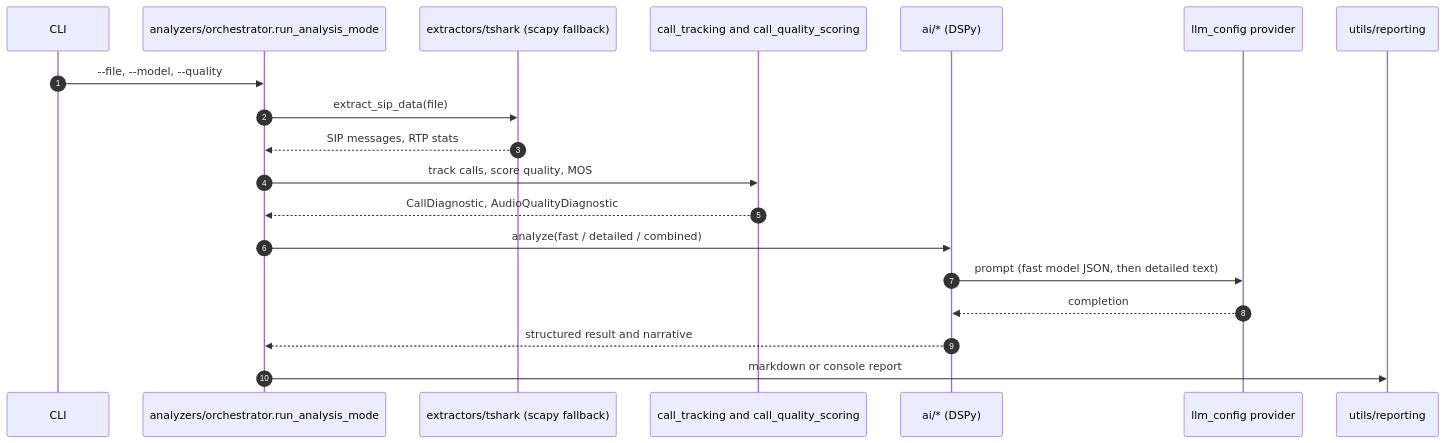
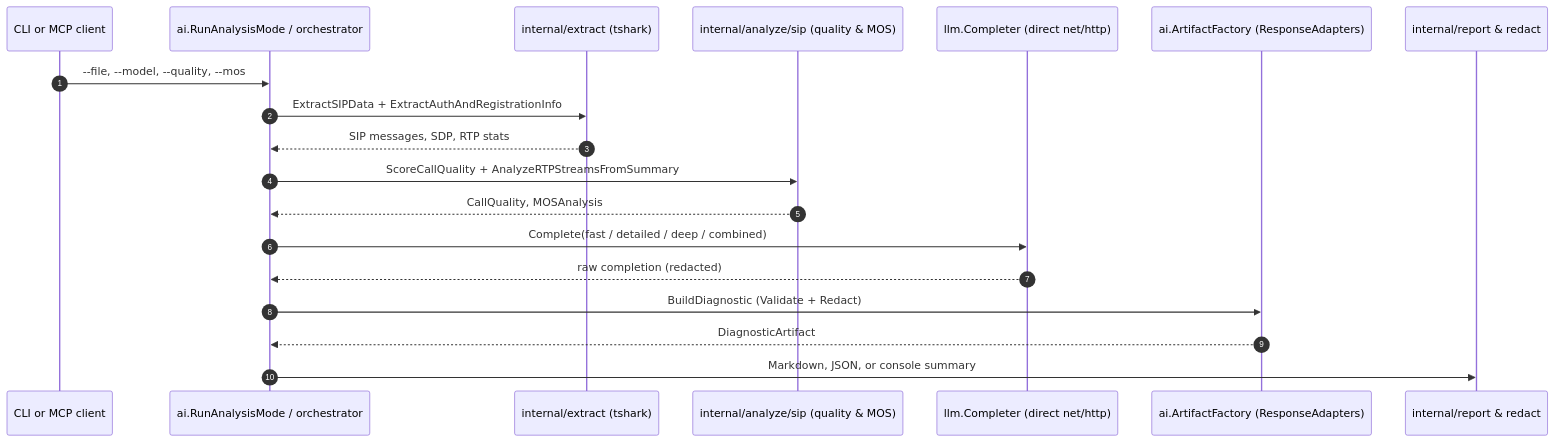
Before and after one commit to zombat/sonic: the fifth of 8 diagrams in docs/ARCHITECTURE.md, drawn with Mermaid. The commit also changed other lines of this file and 7 other files, not shown here.

````diff
--- a/docs/ARCHITECTURE.md
+++ b/docs/ARCHITECTURE.md
@@ -156,22 +197,22 @@
 ```mermaid
 sequenceDiagram
     autonumber
-    participant U as CLI
-    participant O as analyzers/orchestrator.run_analysis_mode
-    participant X as extractors/tshark (scapy fallback)
-    participant C as call_tracking and call_quality_scoring
-    participant L as ai/* (DSPy)
-    participant V as llm_config provider
-    participant R as utils/reporting
+    participant U as CLI or MCP client
+    participant O as ai.RunAnalysisMode / orchestrator
+    participant X as internal/extract (tshark)
+    participant C as internal/analyze/sip (quality & MOS)
+    participant L as llm.Completer (direct net/http)
+    participant F as ai.ArtifactFactory (ResponseAdapters)
+    participant R as internal/report & redact
 
-    U->>O: --file, --model, --quality
-    O->>X: extract_sip_data(file)
-    X-->>O: SIP messages, RTP stats
-    O->>C: track calls, score quality, MOS
-    C-->>O: CallDiagnostic, AudioQualityDiagnostic
-    O->>L: analyze(fast / detailed / combined)
-    L->>V: prompt (fast model JSON, then detailed text)
-    V-->>L: completion
-    L-->>O: structured result and narrative
-    O->>R: markdown or console report
+    U->>O: --file, --model, --quality, --mos
+    O->>X: ExtractSIPData + ExtractAuthAndRegistrationInfo
+    X-->>O: SIP messages, SDP, RTP stats
+    O->>C: ScoreCallQuality + AnalyzeRTPStreamsFromSummary
+    C-->>O: CallQuality, MOSAnalysis
+    O->>L: Complete(fast / detailed / deep / combined)
+    L-->>O: raw completion (redacted)
+    O->>F: BuildDiagnostic (Validate + Redact)
+    F-->>O: DiagnosticArtifact
+    O->>R: Markdown, JSON, or console summary
 ```
````
